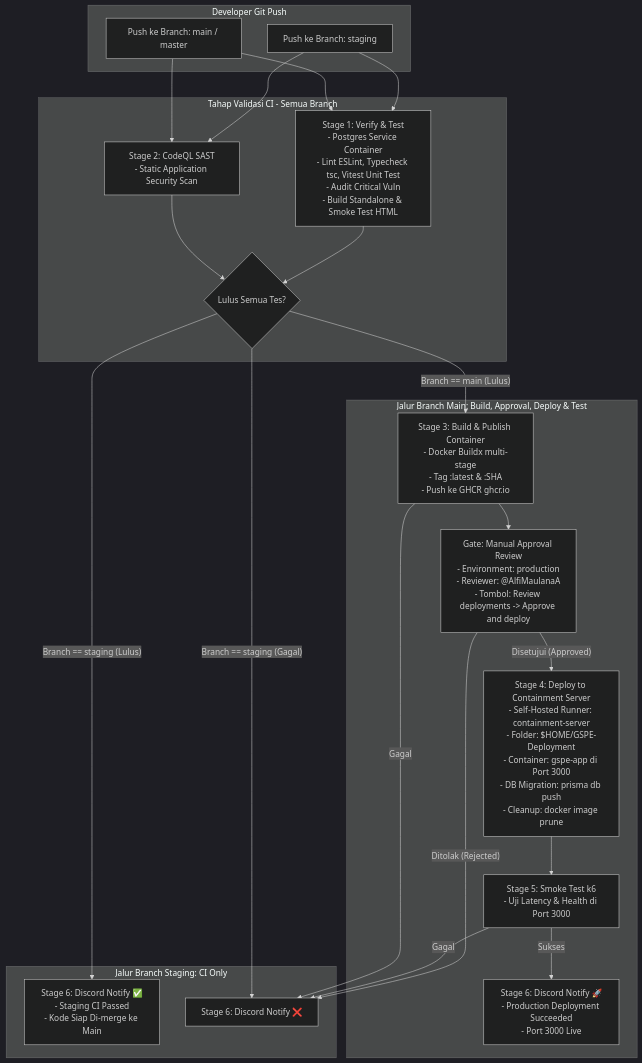
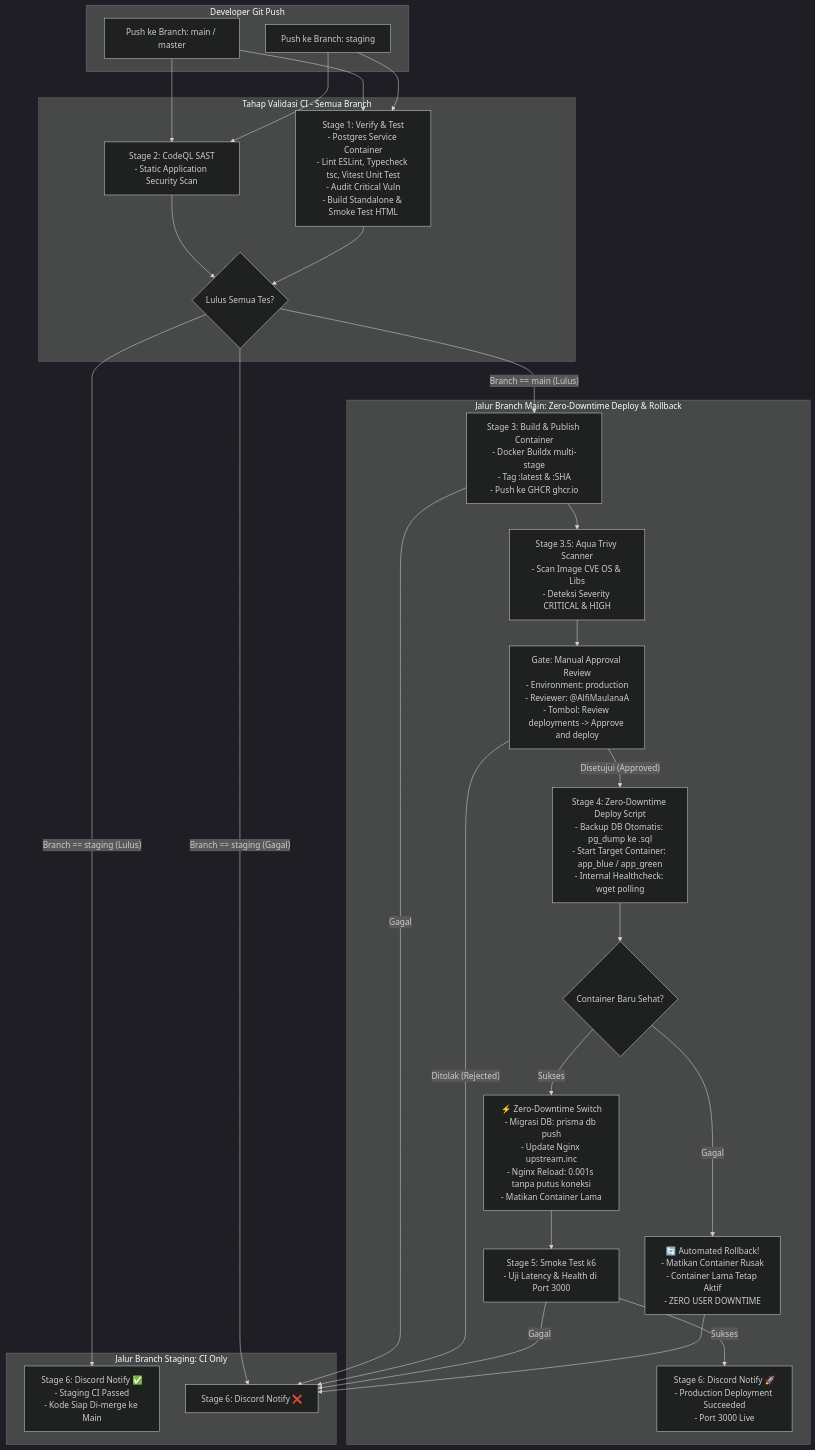
The diagram in DOKUMENTASI_CICD_DAN_DOCKER.md (AlfiMaulanaA/GSPE-Deployment), drawn with Mermaid (dark theme) before and after one commit. The commit also changed other lines of this file and 5 other files, not shown here.

Commit message:
feat(ci): implement zero-downtime blue-green deploy, automated rollback, and trivy scan

````diff
--- a/DOKUMENTASI_CICD_DAN_DOCKER.md
+++ b/DOKUMENTASI_CICD_DAN_DOCKER.md
@@ -9,38 +9,47 @@
 ```mermaid
 flowchart TD
     subgraph Developer_Action [Developer Git Push]
         Dev_Staging[Push ke Branch: staging]
         Dev_Prod[Push ke Branch: main / master]
     end
 
     subgraph CI_Stage [Tahap Validasi CI - Semua Branch]
         Dev_Staging --> Verify[Stage 1: Verify & Test\n- Postgres Service Container\n- Lint ESLint, Typecheck tsc, Vitest Unit Test\n- Audit Critical Vuln\n- Build Standalone & Smoke Test HTML]
         Dev_Prod --> Verify
 
         Dev_Staging --> CodeQL[Stage 2: CodeQL SAST\n- Static Application Security Scan]
         Dev_Prod --> CodeQL
 
         Verify --> Gate{Lulus Semua Tes?}
         CodeQL --> Gate
     end
 
     subgraph Staging_Path [Jalur Branch Staging: CI Only]
         Gate -- Branch == staging (Lulus) --> Notify_Staging_Pass[Stage 6: Discord Notify ✅\n- Staging CI Passed\n- Kode Siap Di-merge ke Main]
         Gate -- Branch == staging (Gagal) --> Notify_Fail[Stage 6: Discord Notify ❌]
     end
 
-    subgraph Production_Path [Jalur Branch Main: Build, Approval, Deploy & Test]
+    subgraph Production_Path [Jalur Branch Main: Zero-Downtime Deploy & Rollback]
         Gate -- Branch == main (Lulus) --> Build_Push[Stage 3: Build & Publish Container\n- Docker Buildx multi-stage\n- Tag :latest & :SHA\n- Push ke GHCR ghcr.io]
 
-        Build_Push --> Approval[Gate: Manual Approval Review\n- Environment: production\n- Reviewer: @AlfiMaulanaA\n- Tombol: Review deployments -> Approve and deploy]
+        Build_Push --> Trivy[Stage 3.5: Aqua Trivy Scanner\n- Scan Image CVE OS & Libs\n- Deteksi Severity CRITICAL & HIGH]
 
-        Approval -- Disetujui (Approved) --> Runner_Prod[Stage 4: Deploy to Containment Server\n- Self-Hosted Runner: containment-server\n- Folder: $HOME/GSPE-Deployment\n- Container: gspe-app di Port 3000\n- DB Migration: prisma db push\n- Cleanup: docker image prune]
-        Approval -- Ditolak (Rejected) --> Notify_Fail
+        Trivy --> Approval[Gate: Manual Approval Review\n- Environment: production\n- Reviewer: @AlfiMaulanaA\n- Tombol: Review deployments -> Approve and deploy]
 
-        Runner_Prod --> Smoke_Prod[Stage 5: Smoke Test k6\n- Uji Latency & Health di Port 3000]
+        Approval -- Disetujui (Approved) --> Runner_Prod[Stage 4: Zero-Downtime Deploy Script\n- Backup DB Otomatis: pg_dump ke .sql\n- Start Target Container: app_blue / app_green\n- Internal Healthcheck: wget polling]
+
+        Runner_Prod --> HealthCheck{Container Baru Sehat?}
+
+        HealthCheck -- Gagal --> Auto_Rollback[🔄 Automated Rollback!\n- Matikan Container Rusak\n- Container Lama Tetap Aktif\n- ZERO USER DOWNTIME]
+        Auto_Rollback --> Notify_Fail
+
+        HealthCheck -- Sukses --> Switch_Nginx[⚡ Zero-Downtime Switch\n- Migrasi DB: prisma db push\n- Update Nginx upstream.inc\n- Nginx Reload: 0.001s tanpa putus koneksi\n- Matikan Container Lama]
+
+        Switch_Nginx --> Smoke_Prod[Stage 5: Smoke Test k6\n- Uji Latency & Health di Port 3000]
 
         Smoke_Prod -- Sukses --> Notify_Prod_Pass[Stage 6: Discord Notify 🚀\n- Production Deployment Succeeded\n- Port 3000 Live]
         Smoke_Prod -- Gagal --> Notify_Fail
+        Approval -- Ditolak (Rejected) --> Notify_Fail
         Build_Push -- Gagal --> Notify_Fail
     end
 ```
````
